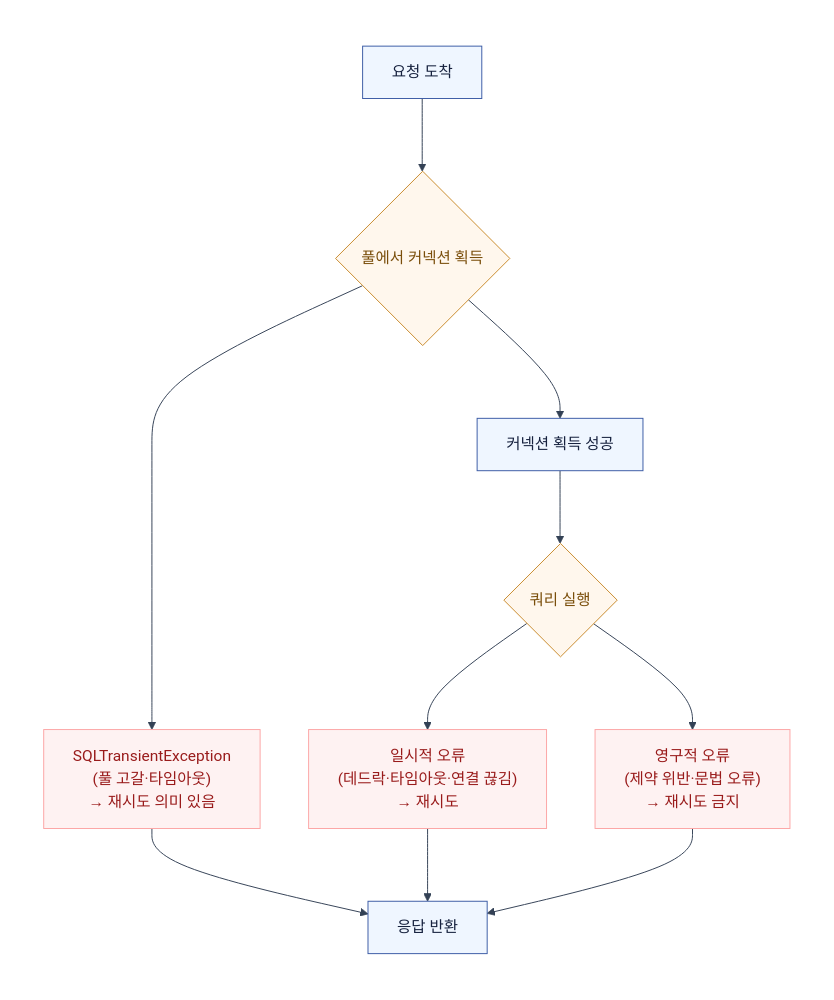
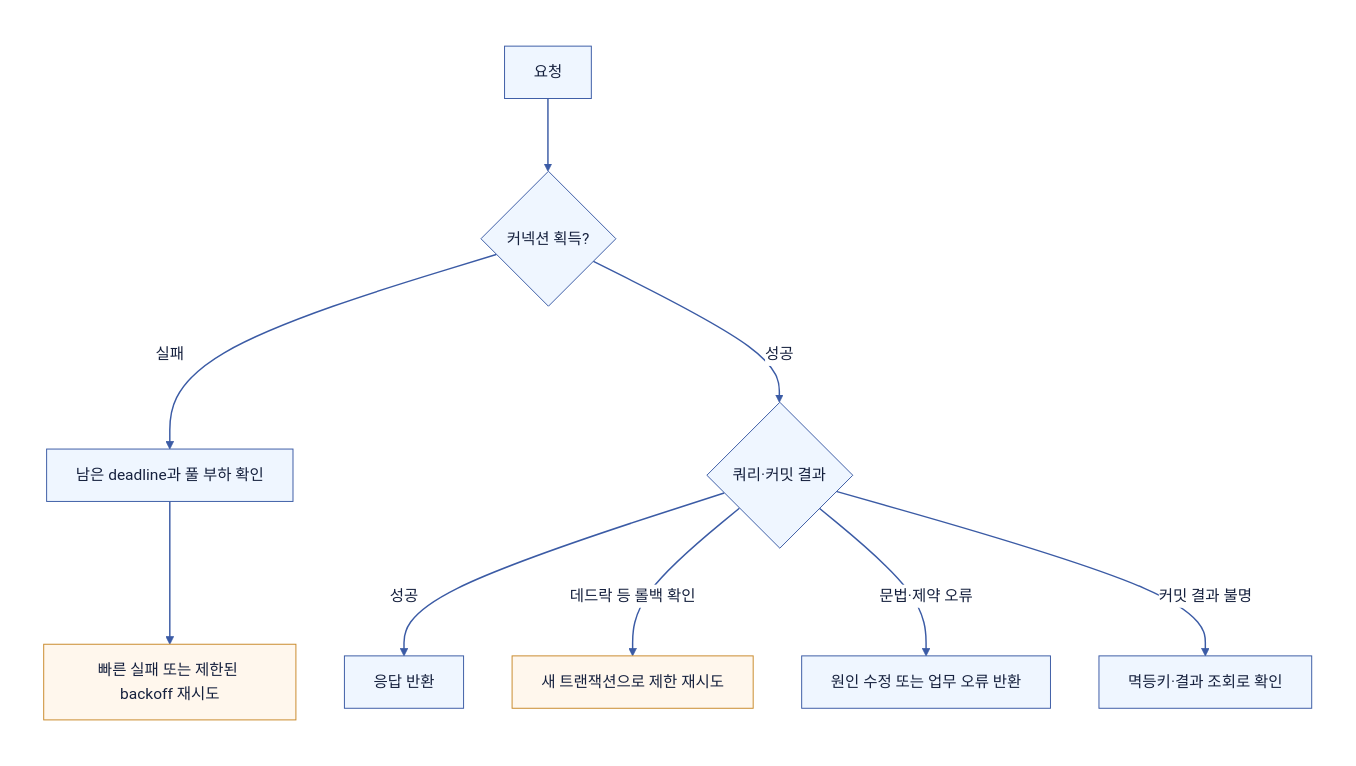
The diagram in computer-science/2607-connection-pool.md (Hyune-s-lab/my-ai-study), drawn with Mermaid before and after one commit. The commit also changed other lines of this file and 28 other files, not shown here.

Commit message:
docs: Mermaid 호환성과 문서 가독성 개선

````diff
--- a/computer-science/2607-connection-pool.md
+++ b/computer-science/2607-connection-pool.md
@@ -290,44 +291,23 @@
 ```mermaid
----
-config:
-  theme: base
-  darkMode: false
-  themeVariables:
-    background: "#ffffff"
-    primaryColor: "#ffffff"
-    primaryTextColor: "#111827"
-    primaryBorderColor: "#475569"
-    lineColor: "#334155"
-    edgeLabelBackground: "#ffffff"
----
-flowchart TB
+flowchart TD
+%%{init: {"theme": "base", "darkMode": false, "themeVariables": {"background": "#ffffff", "primaryColor": "#EFF6FF", "primaryTextColor": "#16213E", "primaryBorderColor": "#3B5BA5", "secondaryColor": "#F0FDF4", "tertiaryColor": "#FAF5FF", "lineColor": "#3B5BA5", "textColor": "#16213E", "edgeLabelBackground": "#ffffff", "clusterBkg": "#F8FAFC", "clusterBorder": "#CBD5E1"}}}%%
   subgraph canvas[" "]
-    direction TB
-    REQ["요청 도착"]
-    POOL{"풀에서 커넥션 획득"}
-    ACQ_FAIL["SQLTransientException<br/>(풀 고갈·타임아웃)<br/>→ 재시도 의미 있음"]
-    CONN["커넥션 획득 성공"]
-    EXEC{"쿼리 실행"}
-    TRANSIENT["일시적 오류<br/>(데드락·타임아웃·연결 끊김)<br/>→ 재시도"]
-    PERMANENT["영구적 오류<br/>(제약 위반·문법 오류)<br/>→ 재시도 금지"]
-    RES["응답 반환"]
-
-    REQ --> POOL
-    POOL --> ACQ_FAIL
-    POOL --> CONN
-    ACQ_FAIL --> RES
-    CONN --> EXEC
-    EXEC --> TRANSIENT
-    EXEC --> PERMANENT
-    TRANSIENT --> RES
-    PERMANENT --> RES
+    direction TD
+    req["요청"] --> pool{"커넥션 획득?"}
+    pool -->|"실패"| budget["남은 deadline과 풀 부하 확인"]
+    budget --> reject["빠른 실패 또는 제한된 backoff 재시도"]
+    pool -->|"성공"| query{"쿼리·커밋 결과"}
+    query -->|"성공"| done["응답 반환"]
+    query -->|"데드락 등 롤백 확인"| retry["새 트랜잭션으로 제한 재시도"]
+    query -->|"문법·제약 오류"| fail["원인 수정 또는 업무 오류 반환"]
+    query -->|"커밋 결과 불명"| unknown["멱등키·결과 조회로 확인"]
   end
-
+  style canvas fill:#ffffff,stroke:#ffffff,color:#111827
+  linkStyle default stroke:#3B5BA5,stroke-width:1.5px
   classDef app fill:#EFF6FF,stroke:#3B5BA5,stroke-width:1px,color:#16213E
-  classDef ctrl fill:#FFF7ED,stroke:#C98A2B,stroke-width:1px,color:#7A4E0A
-  classDef warn fill:#FEF2F2,stroke:#FCA5A5,stroke-width:1px,color:#991B1B
-  class REQ,CONN,RES app
-  class POOL,EXEC ctrl
-  class ACQ_FAIL,TRANSIENT,PERMANENT warn
-  style canvas fill:#ffffff,stroke:#ffffff,stroke-width:0px,color:#111827
+  class req,pool,budget,query,done,fail,unknown app
+  classDef db fill:#F0FDF4,stroke:#3F8E55,stroke-width:1px,color:#16213E
+  classDef policy fill:#FAF5FF,stroke:#A855F7,stroke-width:1px,color:#16213E
+  classDef worker fill:#FFF7ED,stroke:#C98A2B,stroke-width:1px,color:#16213E
+  class reject,retry worker
 ```
````
